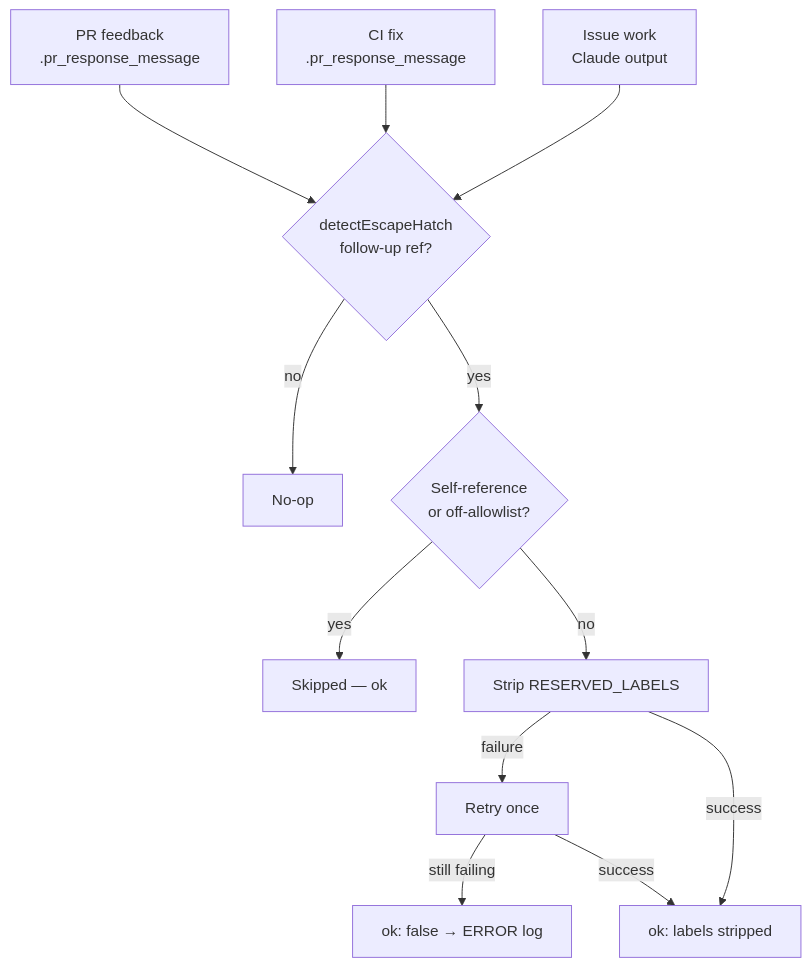
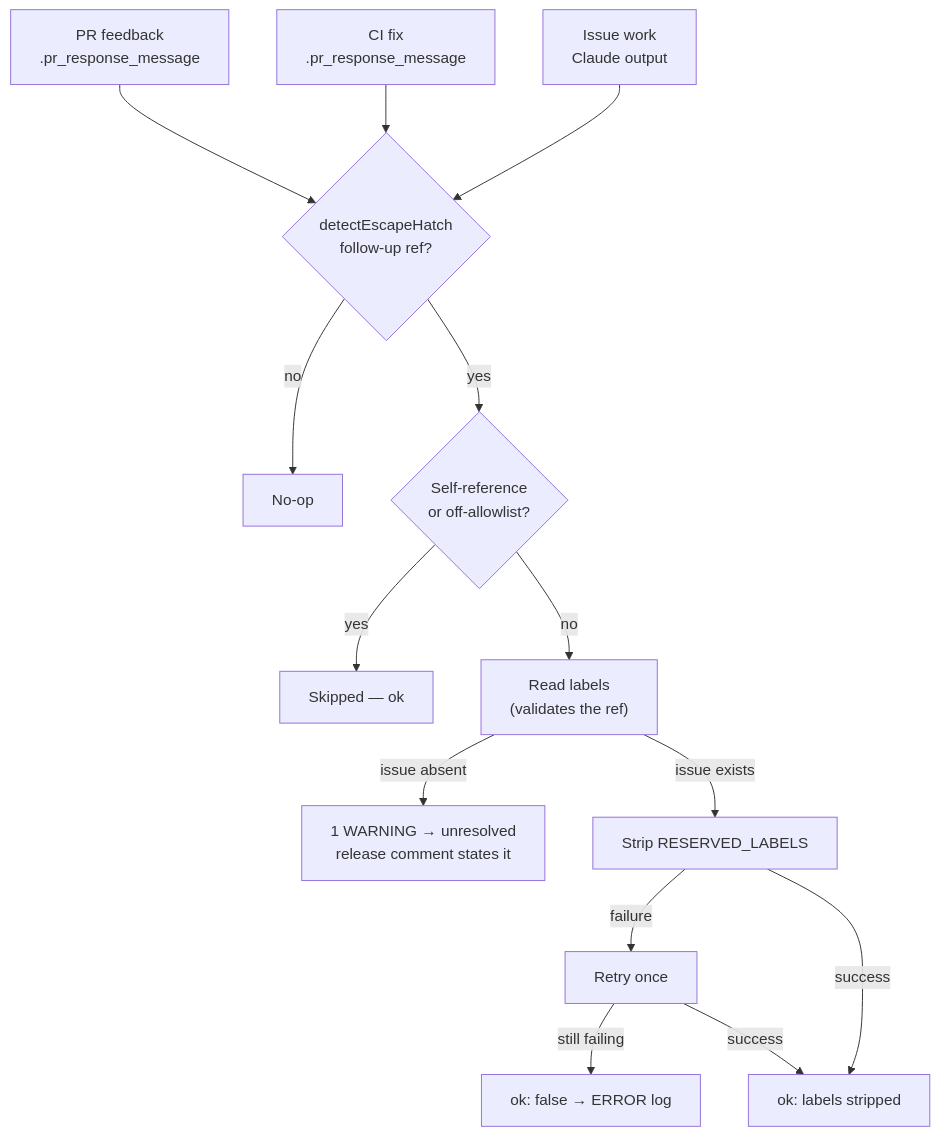
One commit to stSoftwareAU/VibeCoder changed the fourth of 7 diagrams in DESIGN-PRINCIPLES.md. Above: the diagram before and after it, drawn with Mermaid. The commit also changed other lines of this file and 13 other files, not shown here.

````diff
--- a/DESIGN-PRINCIPLES.md
+++ b/DESIGN-PRINCIPLES.md
@@ -837,14 +853,16 @@
 ```mermaid
 flowchart TD
     A["PR feedback<br/>.pr_response_message"] --> D
     B["CI fix<br/>.pr_response_message"] --> D
     C["Issue work<br/>Claude output"] --> D
     D{"detectEscapeHatch<br/>follow-up ref?"} -->|no| Z["No-op"]
     D -->|yes| E{"Self-reference<br/>or off-allowlist?"}
     E -->|yes| Z2["Skipped — ok"]
-    E -->|no| F["Strip RESERVED_LABELS"]
-    F -->|failure| G["Retry once"]
+    E -->|no| F["Read labels<br/>(validates the ref)"]
+    F -->|"issue absent"| U["1 WARNING → unresolved<br/>release comment states it"]
+    F -->|"issue exists"| S["Strip RESERVED_LABELS"]
+    S -->|failure| G["Retry once"]
     G -->|still failing| H["ok: false → ERROR log"]
-    F -->|success| I["ok: labels stripped"]
+    S -->|success| I["ok: labels stripped"]
     G -->|success| I
 ```
````
